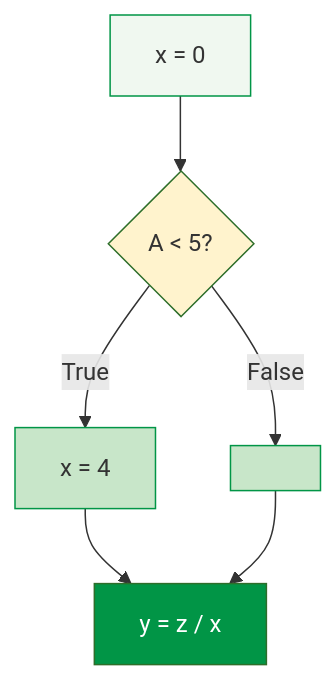
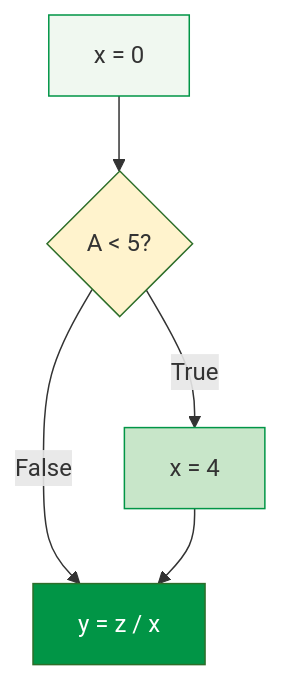
Before and after one commit to 3llimi/sqrbok.github.io: the first of 3 diagrams in content/verif/coverage/SN_L04_Coverage.md, drawn with Mermaid. The commit also changed other lines of this file, not shown here.

````diff
--- a/content/verif/coverage/SN_L04_Coverage.md
+++ b/content/verif/coverage/SN_L04_Coverage.md
@@ -142,14 +141,12 @@
 ```mermaid
 flowchart TD
     B1["x = 0"] --> D{"A < 5?"}
     D -->|True| B2["x = 4"]
-    D -->|False| B3[" "]
-    B2 --> B4["y = z / x"]
-    B3 --> B4
+    D -->|False| B3["y = z / x"]
+    B2 --> B3
 
     style B1 fill:#f0f8f0,stroke:#019546
     style D fill:#fff3cd,stroke:#2D6E2A
     style B2 fill:#c8e6c9,stroke:#019546
-    style B3 fill:#c8e6c9,stroke:#019546
-    style B4 fill:#019546,stroke:#2D6E2A,color:#fff
+    style B3 fill:#019546,stroke:#2D6E2A,color:#fff
 ```
````
